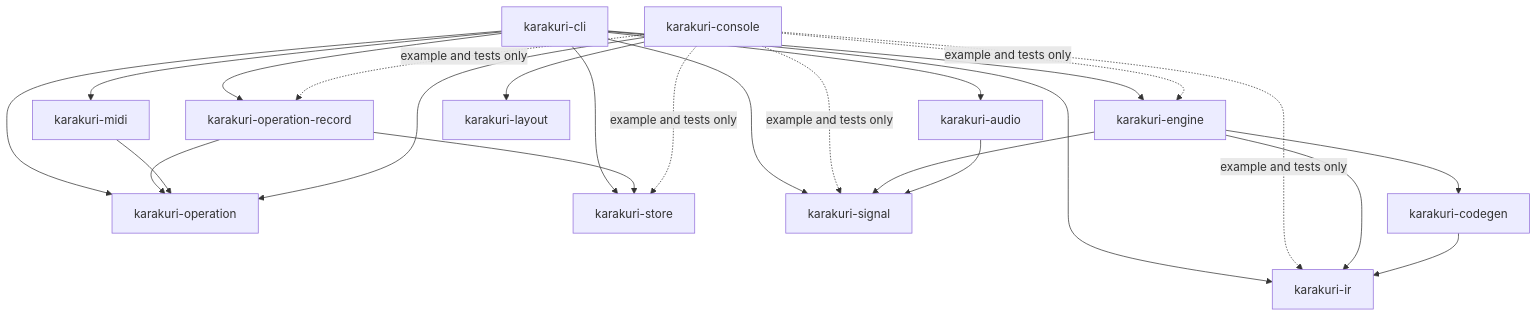
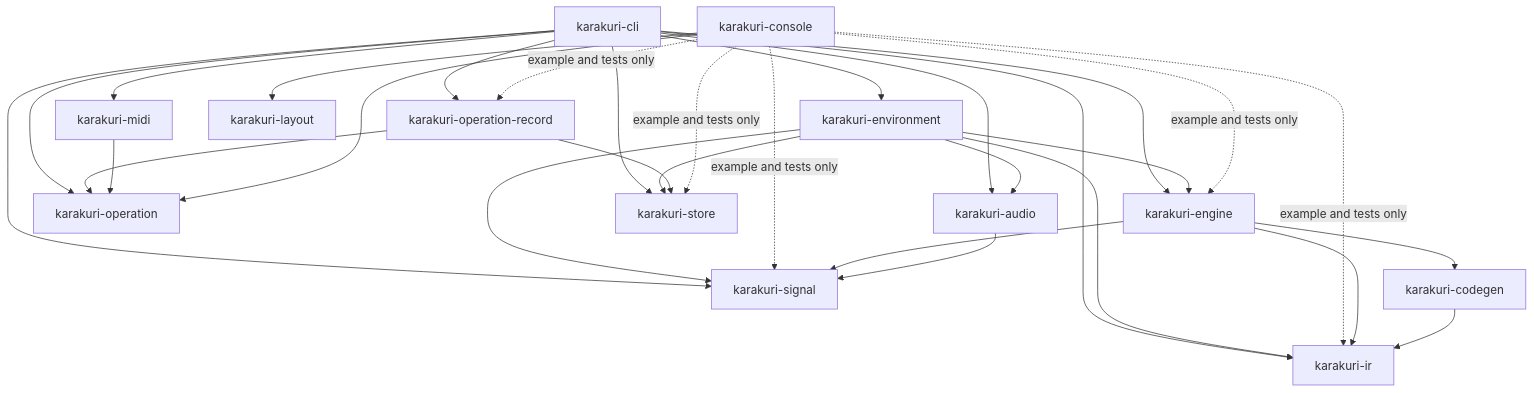
One commit to toyoshim-i/Karakuri changed the first of 3 diagrams in docs/architecture.md. Above: the diagram before and after it, drawn with Mermaid. The commit also changed other lines of this file and 21 other files, not shown here.

````diff
--- a/docs/architecture.md
+++ b/docs/architecture.md
@@ -32,32 +32,39 @@
 ```mermaid
 graph TD
-    CLI[karakuri-cli] --> ENGINE[karakuri-engine]
+    CLI[karakuri-cli] --> ENV[karakuri-environment]
+    CLI --> ENGINE[karakuri-engine]
     CLI --> OPRECORD[karakuri-operation-record]
     CLI --> OPERATION
     CLI --> AUDIO[karakuri-audio]
     CLI --> MIDI[karakuri-midi]
     CLI --> STORE[karakuri-store]
     CLI --> IR[karakuri-ir]
     CLI --> SIGNAL[karakuri-signal]
+
+    ENV --> ENGINE
+    ENV --> AUDIO
+    ENV --> STORE
+    ENV --> IR
+    ENV --> SIGNAL
 
     OPRECORD --> OPERATION
     OPRECORD --> STORE
 
     MIDI --> OPERATION
 
     CONSOLE[karakuri-console] --> LAYOUT[karakuri-layout]
     CONSOLE --> OPERATION[karakuri-operation]
     CONSOLE -.->|example and tests only| ENGINE
     CONSOLE -.->|example and tests only| OPRECORD
     CONSOLE -.->|example and tests only| STORE
     CONSOLE -.->|example and tests only| IR
     CONSOLE -.->|example and tests only| SIGNAL
 
     ENGINE --> CODEGEN[karakuri-codegen]
     ENGINE --> IR
     ENGINE --> SIGNAL
 
     CODEGEN --> IR
 
     AUDIO --> SIGNAL
 ```
````
